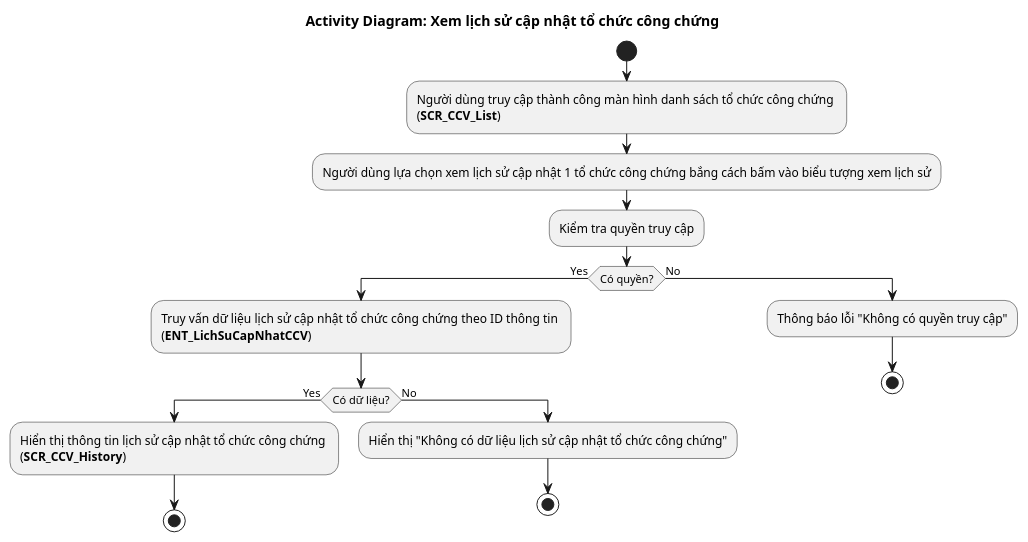
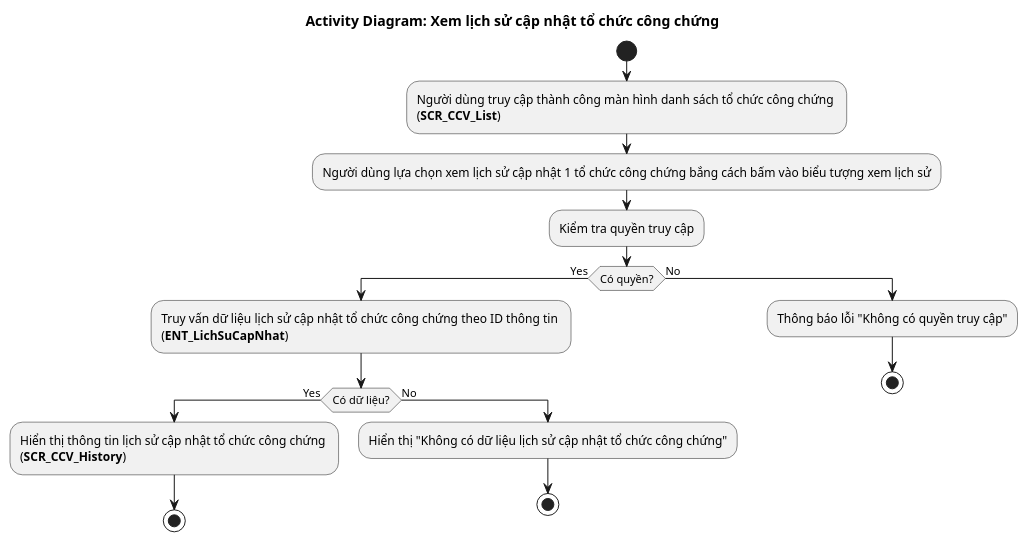
Before and after one commit to phuongpm23/nds-docs-test: the diagram in Quản lý tổ chức hành nghề công chứng/4.usecases/XemLichSu/AD_Org_History.puml, drawn with PlantUML. The commit also changed 26 other files, not shown here.

Commit message:
Update ERD

```diff
--- a/Quản lý tổ chức hành nghề công chứng/4.usecases/XemLichSu/AD_Org_History.puml
+++ b/Quản lý tổ chức hành nghề công chứng/4.usecases/XemLichSu/AD_Org_History.puml
@@ -1,22 +1,22 @@
 @startuml AD_ChungChi_Detail
 !pragma layout smetana
 title Activity Diagram: Xem lịch sử cập nhật tổ chức công chứng
 
 start
 :Người dùng truy cập thành công màn hình danh sách tổ chức công chứng \n(**SCR_CCV_List**);
 :Người dùng lựa chọn xem lịch sử cập nhật 1 tổ chức công chứng bắng cách bấm vào biểu tượng xem lịch sử;
 :Kiểm tra quyền truy cập;
 if (Có quyền?) then (Yes)
-  :Truy vấn dữ liệu lịch sử cập nhật tổ chức công chứng theo ID thông tin \n(**ENT_LichSuCapNhatCCV**);
+  :Truy vấn dữ liệu lịch sử cập nhật tổ chức công chứng theo ID thông tin \n(**ENT_LichSuCapNhat**);
   if (Có dữ liệu?) then (Yes)
     :Hiển thị thông tin lịch sử cập nhật tổ chức công chứng \n(**SCR_CCV_History**);
     stop
   else (No)
     :Hiển thị "Không có dữ liệu lịch sử cập nhật tổ chức công chứng";
     stop
   endif
 else (No)
   :Thông báo lỗi "Không có quyền truy cập";
   stop
 endif
 @enduml
```
